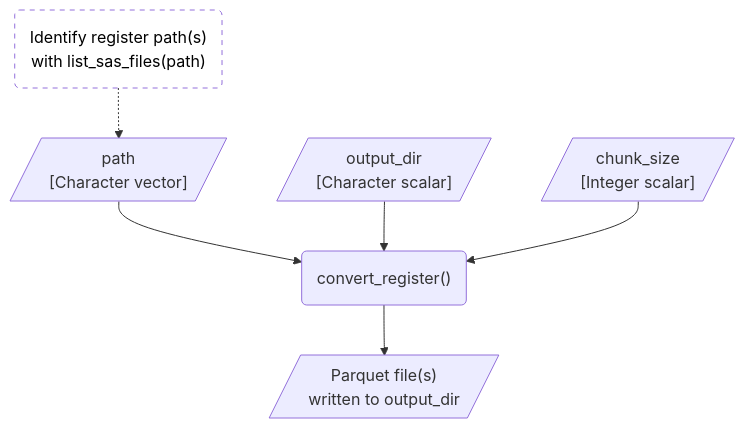
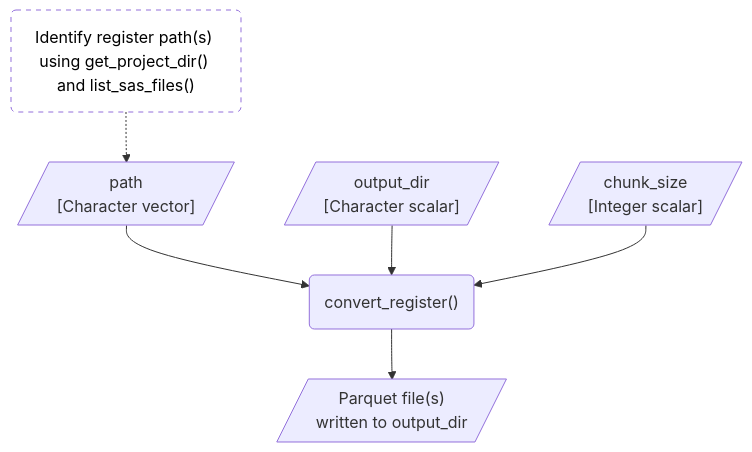
Before and after one commit to dp-next/registers2parquet: the first of 3 diagrams in vignettes/design.qmd, drawn with Mermaid. The commit also changed other lines of this file, not shown here.

Commit message:
docs: :memo: add `get_project_dir()` to design vignette

````diff
--- a/vignettes/design.qmd
+++ b/vignettes/design.qmd
@@ -56,20 +61,20 @@
 ```{mermaid}
 %%| label: fig-flow
 %%| fig-cap: "Expected workflow for converting SAS files from a single register using `convert_register()`."
 %%| fig-alt: "A flowchart showing the expected flow of converting register SAS files to Parquet files."
 flowchart TD
-    identify_paths("Identify register path(s)<br>with list_sas_files(path)")
+    identify_paths("Identify register path(s) using get_project_dir() and list_sas_files()")
     path[/"path<br>[Character vector]"/]
     output_dir[/"output_dir<br>[Character scalar]"/]
     chunk_size[/"chunk_size<br>[Integer scalar]"/]
     convert_register("convert_register()")
     output[/"Parquet file(s)<br>written to output_dir"/]
 
     %% Edges
     identify_paths -.-> path --> convert_register
     output_dir & chunk_size --> convert_register
     convert_register --> output
 
     %% Style
     style identify_paths fill:#FFFFFF, color:#000000, stroke-dasharray: 5 5
 ```
````
